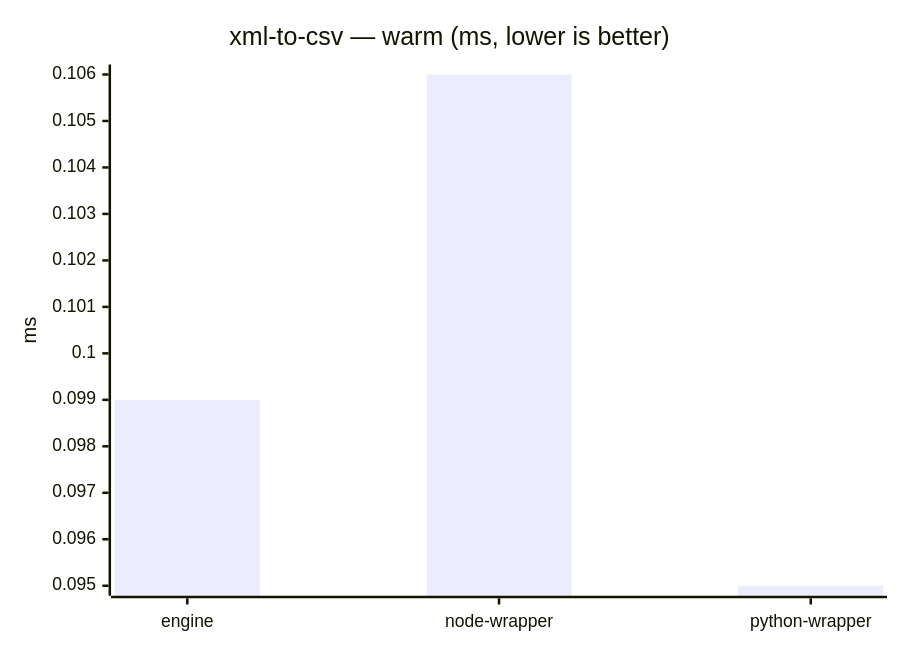
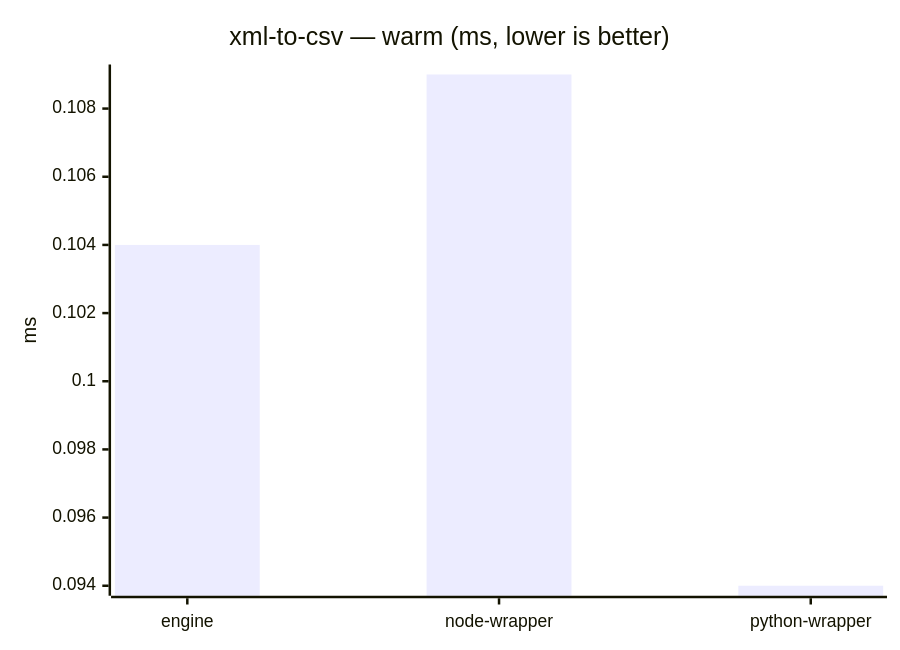
One commit to mulesoft/data-weave-cli changed the tenth of 23 diagrams in benchmarks/report/RESULTS.md. Above: the diagram before and after it, drawn with Mermaid. The commit also changed other lines of this file, not shown here.

````diff
--- a/benchmarks/report/RESULTS.md
+++ b/benchmarks/report/RESULTS.md
@@ -124,7 +124,7 @@
 ```mermaid
 xychart-beta
     title "xml-to-csv — warm (ms, lower is better)"
     x-axis ["engine", "node-wrapper", "python-wrapper"]
     y-axis "ms"
-    bar [0.099, 0.106, 0.095]
+    bar [0.104, 0.109, 0.094]
 ```
````
